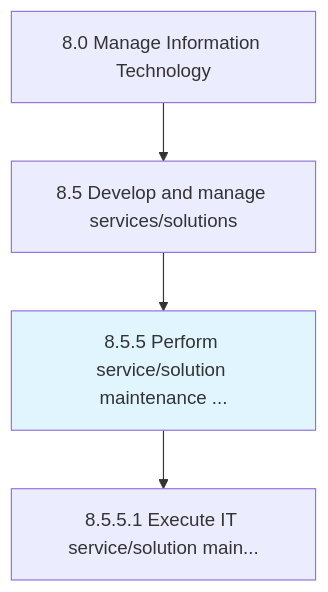
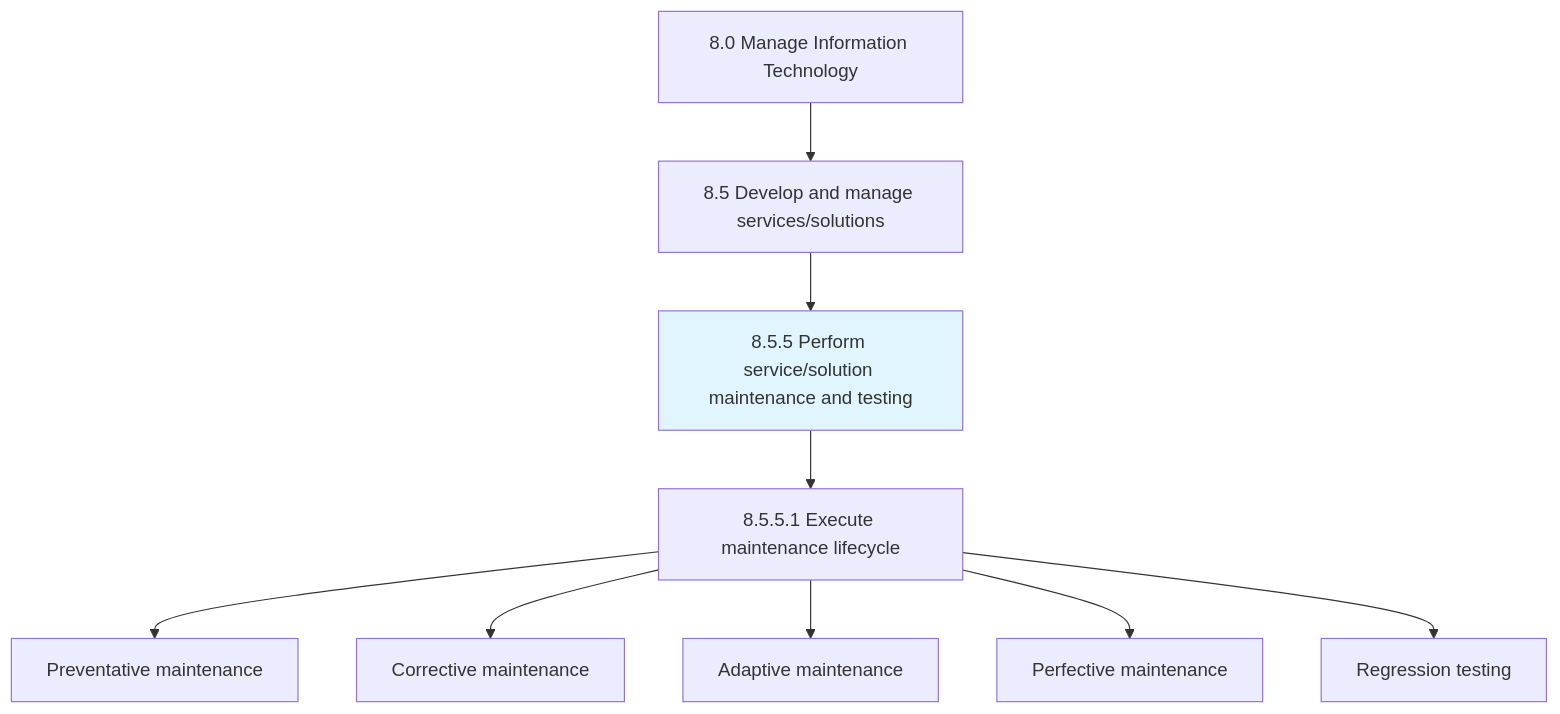
One commit to kziemski/business.org.ai changed the first of 3 diagrams in processes/08-IT/8.5-DevelopManageServicessolutions/8.5.5-PerformServicesolutionMaintenanceTesting/index.mdx. Above: the diagram before and after it, drawn with Mermaid. The commit also changed other lines of this file and 67 other files, not shown here.

````diff
--- a/processes/08-IT/8.5-DevelopManageServicessolutions/8.5.5-PerformServicesolutionMaintenanceTesting/index.mdx
+++ b/processes/08-IT/8.5-DevelopManageServicessolutions/8.5.5-PerformServicesolutionMaintenanceTesting/index.mdx
@@ -25,8 +27,14 @@
 ```mermaid
 graph TD
     C8["8.0 Manage Information Technology"]
     C8 --> N8_5["8.5 Develop and manage services/solutions"]
-    N8_5 --> N8_5_5["8.5.5 Perform service/solution maintenance ..."]
+    N8_5 --> N8_5_5["8.5.5 Perform service/solution maintenance and testing"]
     style N8_5_5 fill:#e1f5fe
-    N8_5_5 --> N8_5_5_1["8.5.5.1 Execute IT service/solution main..."]
+    N8_5_5 --> N8_5_5_1["8.5.5.1 Execute maintenance lifecycle"]
+
+    N8_5_5_1 --> A1["Preventative maintenance"]
+    N8_5_5_1 --> A2["Corrective maintenance"]
+    N8_5_5_1 --> A3["Adaptive maintenance"]
+    N8_5_5_1 --> A4["Perfective maintenance"]
+    N8_5_5_1 --> A5["Regression testing"]
 ```
````
